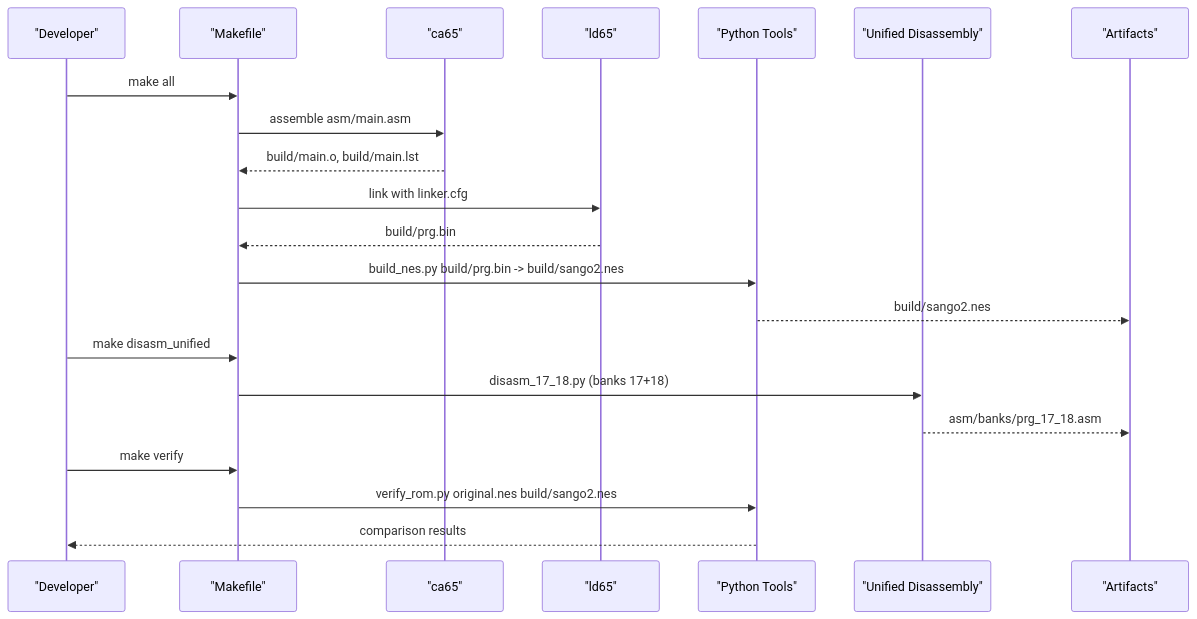
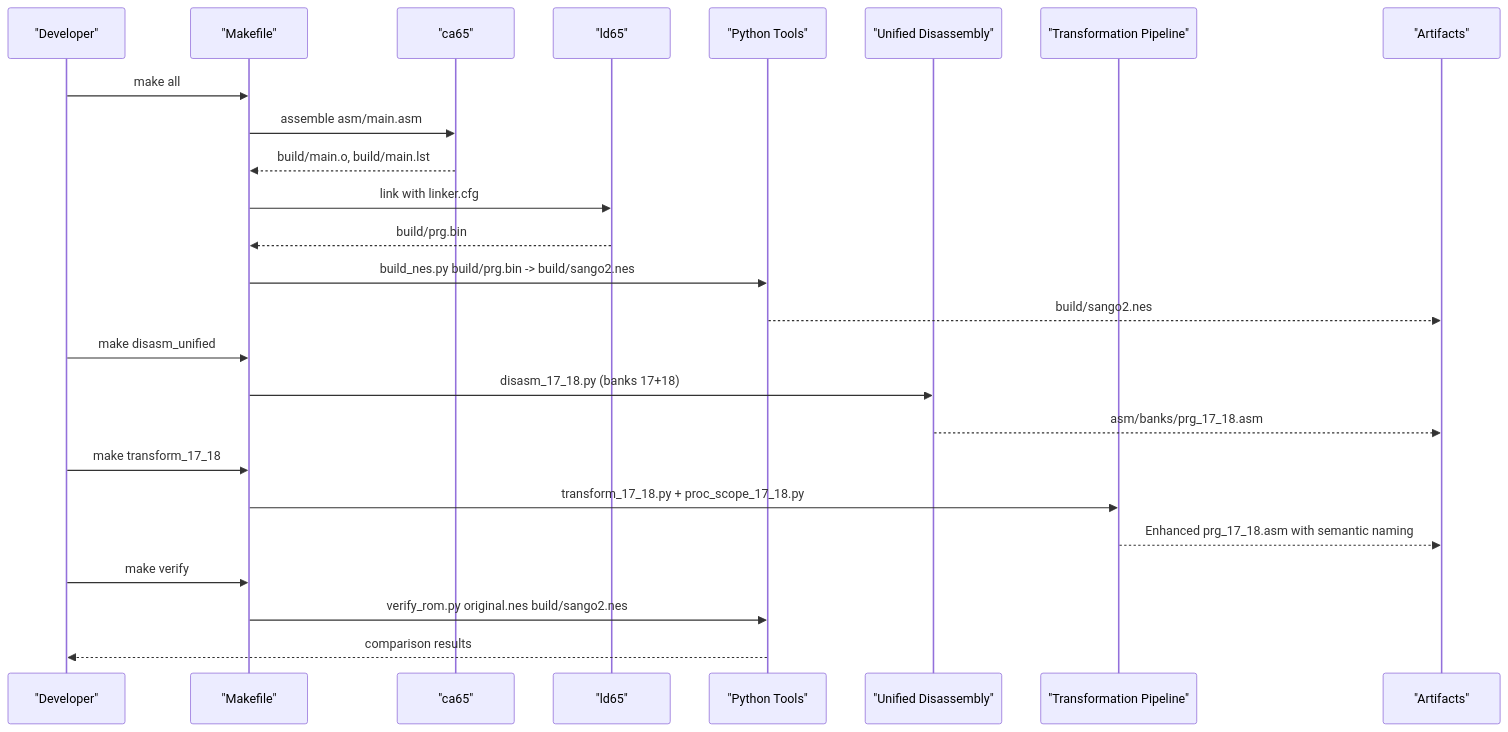
One commit to rabbyzero/sango2dasm changed the second of 3 diagrams in .qoder/repowiki/en/content/Build System and Tools/Makefile Targets and Usage.md. Above: the diagram before and after it, drawn with Mermaid. The commit also changed other lines of this file and 20 other files, not shown here.

````diff
--- a/.qoder/repowiki/en/content/Build System and Tools/Makefile Targets and Usage.md
+++ b/.qoder/repowiki/en/content/Build System and Tools/Makefile Targets and Usage.md
@@ -98,23 +115,27 @@
 ```mermaid
 sequenceDiagram
 participant Dev as "Developer"
 participant MK as "Makefile"
 participant CA as "ca65"
 participant LD as "ld65"
 participant PY as "Python Tools"
 participant UNI as "Unified Disassembly"
+participant TRANS as "Transformation Pipeline"
 participant OUT as "Artifacts"
 Dev->>MK : make all
 MK->>CA : assemble asm/main.asm
 CA-->>MK : build/main.o, build/main.lst
 MK->>LD : link with linker.cfg
 LD-->>MK : build/prg.bin
 MK->>PY : build_nes.py build/prg.bin -> build/sango2.nes
 PY-->>OUT : build/sango2.nes
 Dev->>MK : make disasm_unified
 MK->>UNI : disasm_17_18.py (banks 17+18)
 UNI-->>OUT : asm/banks/prg_17_18.asm
+Dev->>MK : make transform_17_18
+MK->>TRANS : transform_17_18.py + proc_scope_17_18.py
+TRANS-->>OUT : Enhanced prg_17_18.asm with semantic naming
 Dev->>MK : make verify
 MK->>PY : verify_rom.py original.nes build/sango2.nes
 PY-->>Dev : comparison results
 ```
````
